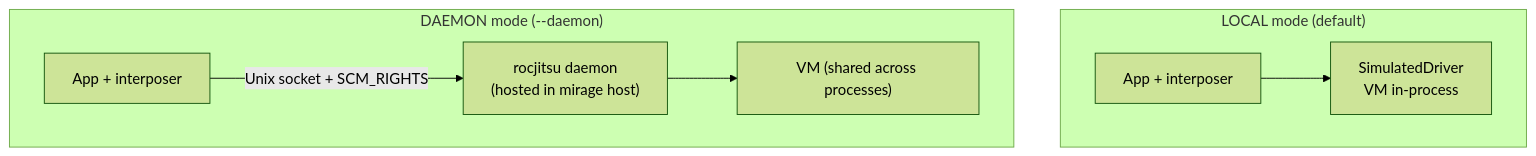
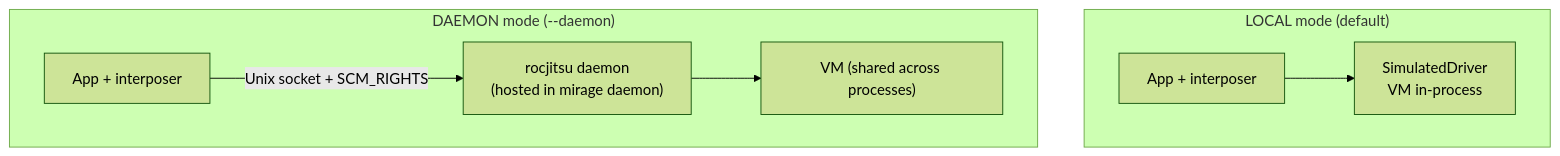
One commit to ROCm/rocm-systems changed the seventh of 15 diagrams in emulation/mirage/docs/demo-debugging-at-scale.md. Above: the diagram before and after it, drawn with Mermaid (forest theme). The commit also changed other lines of this file and 7 other files, not shown here.

First line of the commit message:
docs(mirage): document the supervisor daemon and the reduced on-disk state

````diff
--- a/emulation/mirage/docs/demo-debugging-at-scale.md
+++ b/emulation/mirage/docs/demo-debugging-at-scale.md
@@ -246,10 +246,10 @@
 ```mermaid
 flowchart TB
     subgraph local["LOCAL mode (default)"]
       A1["App + interposer"] --> D1["SimulatedDriver<br/>VM in-process"]
     end
     subgraph daemon["DAEMON mode (--daemon)"]
-      A2["App + interposer"] -->|"Unix socket + SCM_RIGHTS"| DD["rocjitsu daemon<br/>(hosted in mirage host)"]
+      A2["App + interposer"] -->|"Unix socket + SCM_RIGHTS"| DD["rocjitsu daemon<br/>(hosted in mirage daemon)"]
       DD --> D2["VM (shared across processes)"]
     end
 ```
````
